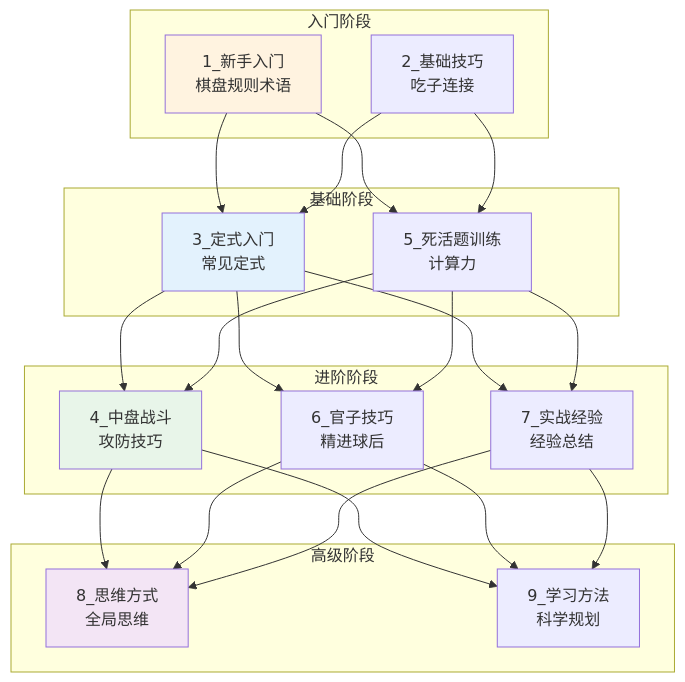
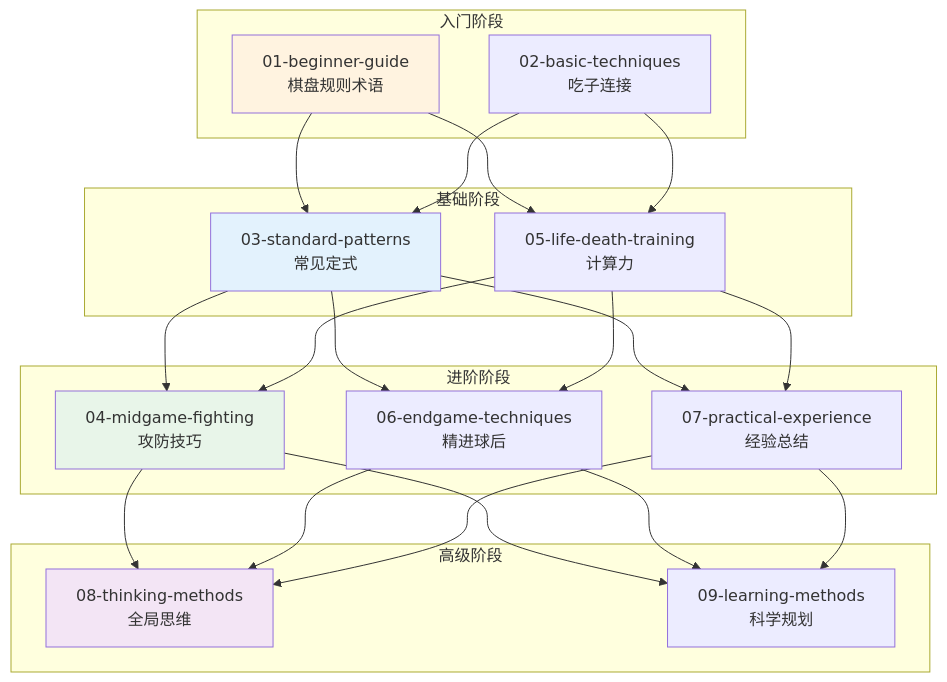
One commit to wxyClark/wxyClark.github.io changed the first of 5 diagrams in content/health/sports-science/Go/index.md. Above: the diagram before and after it, drawn with Mermaid. The commit also changed other lines of this file and 118 other files, not shown here.

````diff
--- a/content/health/sports-science/Go/index.md
+++ b/content/health/sports-science/Go/index.md
@@ -14,32 +14,32 @@
 ```mermaid
 graph TB
     subgraph 入门阶段
-        I1[1_新手入门<br/>棋盘规则术语]
-        I2[2_基础技巧<br/>吃子连接]
+        I1[01-beginner-guide<br/>棋盘规则术语]
+        I2[02-basic-techniques<br/>吃子连接]
     end
     
     subgraph 基础阶段
-        B1[3_定式入门<br/>常见定式]
-        B2[5_死活题训练<br/>计算力]
+        B1[03-standard-patterns<br/>常见定式]
+        B2[05-life-death-training<br/>计算力]
     end
     
     subgraph 进阶阶段
-        A1[4_中盘战斗<br/>攻防技巧]
-        A2[6_官子技巧<br/>精进球后]
-        A3[7_实战经验<br/>经验总结]
+        A1[04-midgame-fighting<br/>攻防技巧]
+        A2[06-endgame-techniques<br/>精进球后]
+        A3[07-practical-experience<br/>经验总结]
     end
     
     subgraph 高级阶段
-        H1[8_思维方式<br/>全局思维]
-        H2[9_学习方法<br/>科学规划]
+        H1[08-thinking-methods<br/>全局思维]
+        H2[09-learning-methods<br/>科学规划]
     end
     
     I1 & I2 --> B1 & B2
     B1 & B2 --> A1 & A2 & A3
     A1 & A2 & A3 --> H1 & H2
     
     style I1 fill:#fff3e0
     style B1 fill:#e3f2fd
     style A1 fill:#e8f5e9
     style H1 fill:#f3e5f5
 ```
````
